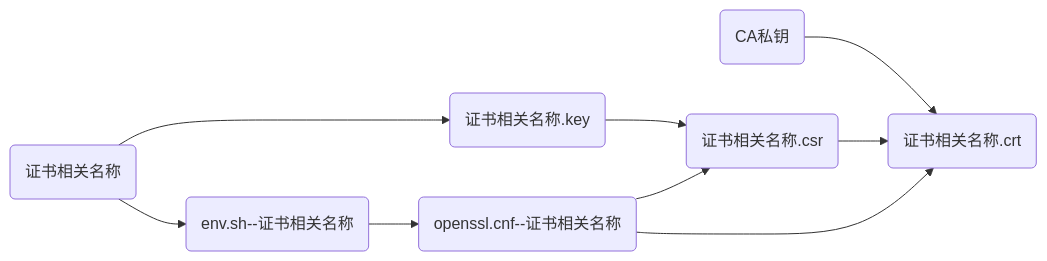
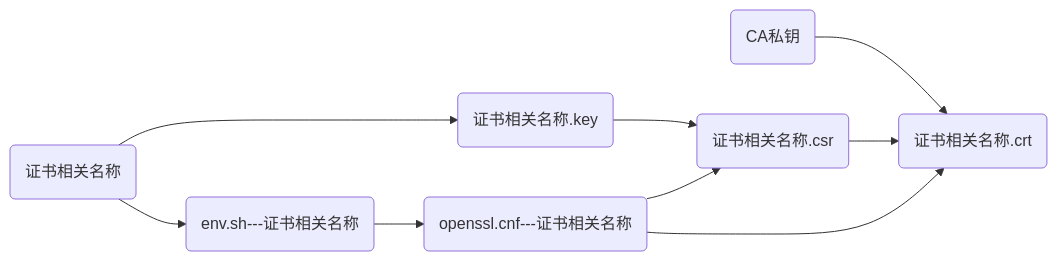
The first of 5 diagrams in README.md (kevinzu007/zzxia-openssl-ca-server), drawn with Mermaid before and after one commit. The commit also changed other lines of this file, not shown here.

````diff
--- a/README.md
+++ b/README.md
@@ -112,13 +113,13 @@
 ```mermaid
 graph LR;
 0(CA私钥)
 1(证书相关名称)
 1-->4(证书相关名称.key)
-1-->2(env.sh--证书相关名称)
-2-->3(openssl.cnf--证书相关名称)
+1-->2(env.sh---证书相关名称)
+2-->3(openssl.cnf---证书相关名称)
 3-->5(证书相关名称.csr)
 4-->5
 5-->6(证书相关名称.crt)
 3-->6
 0-->6
 ```
````
